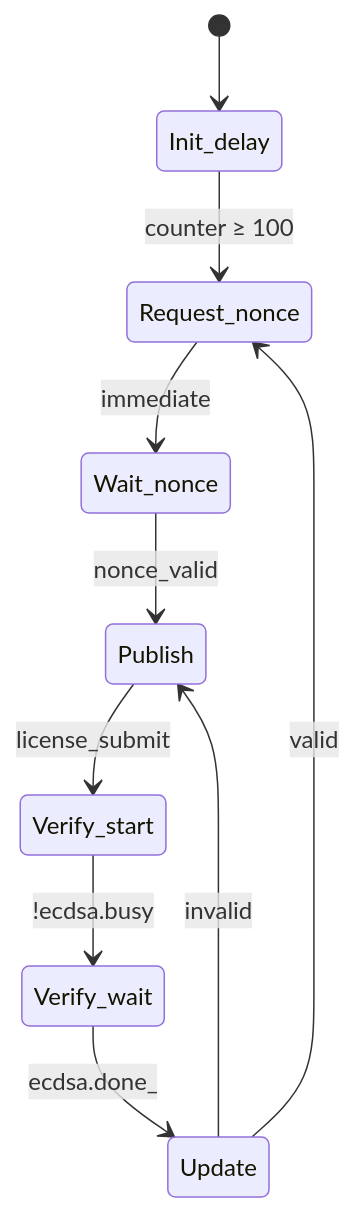
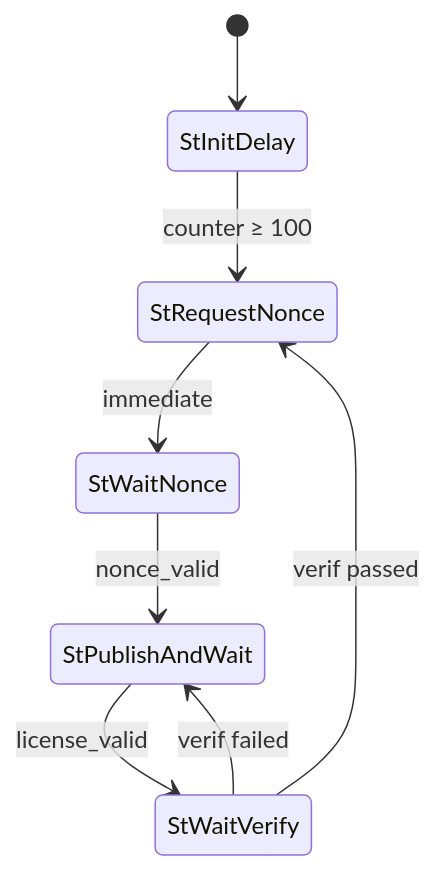
Before and after one commit to JamesPetrie/off-switch: the second of 3 diagrams in README.md, drawn with Mermaid. The commit also changed other lines of this file and 11 other files, not shown here.

````diff
--- a/README.md
+++ b/README.md
@@ -271,12 +292,10 @@
 ```mermaid
 stateDiagram-v2
-    [*] --> Init_delay
-    Init_delay --> Request_nonce: counter ≥ 100
-    Request_nonce --> Wait_nonce: immediate
-    Wait_nonce --> Publish: nonce_valid
-    Publish --> Verify_start: license_submit
-    Verify_start --> Verify_wait: !ecdsa.busy
-    Verify_wait --> Update: ecdsa.done_
-    Update --> Request_nonce: valid
-    Update --> Publish: invalid
+    [*] --> StInitDelay
+    StInitDelay --> StRequestNonce: counter ≥ 100
+    StRequestNonce --> StWaitNonce: immediate
+    StWaitNonce --> StPublishAndWait: nonce_valid
+    StPublishAndWait --> StWaitVerify: license_valid
+    StWaitVerify --> StRequestNonce: verif passed
+    StWaitVerify --> StPublishAndWait: verif failed
 ```
````
